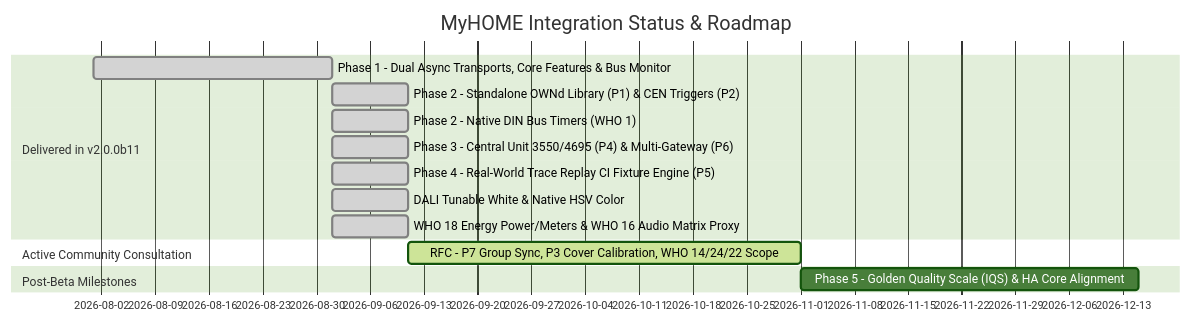
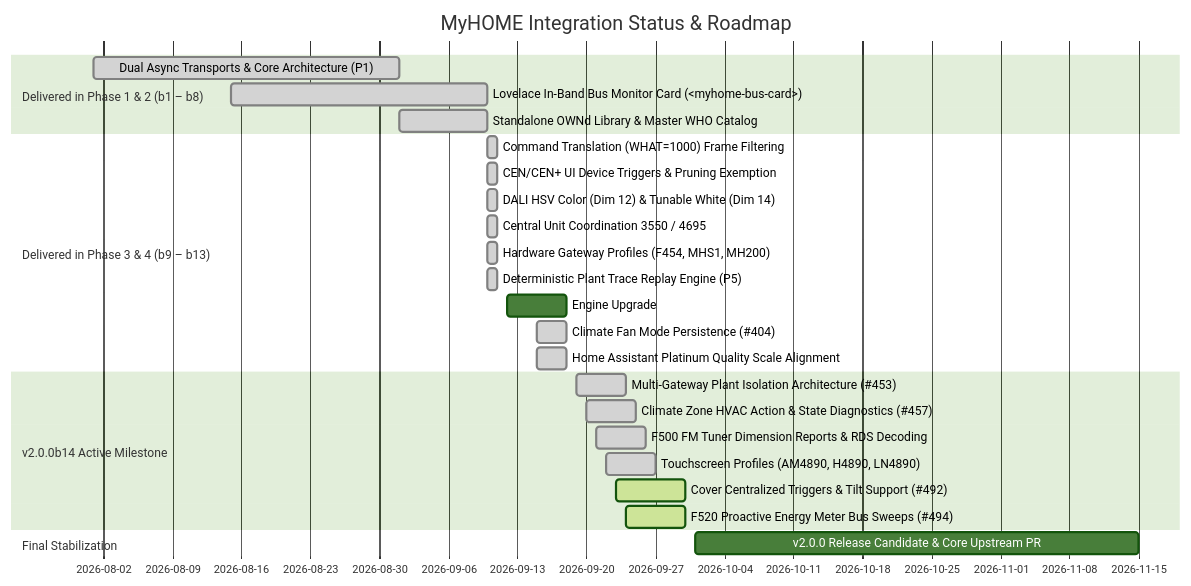
One commit to GreenGrassBlueOcean/MyHOME changed the first of 3 diagrams in docs/roadmap.md. Above: the diagram before and after it, drawn with Mermaid (forest theme). The commit also changed other lines of this file, not shown here.

Commit message:
docs(roadmap): update delivery status to v2.0.0 series, b14 milestone, and Platinum IQS

````diff
--- a/docs/roadmap.md
+++ b/docs/roadmap.md
@@ -13,17 +17,28 @@
 ```mermaid
 gantt
     title MyHOME Integration Status & Roadmap
     dateFormat  YYYY-MM-DD
-    section Delivered in v2.0.0b11
-    Phase 1 - Dual Async Transports, Core Features & Bus Monitor    :done, 2026-08-01, 2026-09-01
-    Phase 2 - Standalone OWNd Library (P1) & CEN Triggers (P2)      :done, 2026-09-01, 2026-09-11
-    Phase 2 - Native DIN Bus Timers (WHO 1)                         :done, 2026-09-01, 2026-09-11
-    Phase 3 - Central Unit 3550/4695 (P4) & Multi-Gateway (P6)      :done, 2026-09-01, 2026-09-11
-    Phase 4 - Real-World Trace Replay CI Fixture Engine (P5)        :done, 2026-09-01, 2026-09-11
-    DALI Tunable White & Native HSV Color                           :done, 2026-09-01, 2026-09-11
-    WHO 18 Energy Power/Meters & WHO 16 Audio Matrix Proxy          :done, 2026-09-01, 2026-09-11
-    section Active Community Consultation
-    RFC - P7 Group Sync, P3 Cover Calibration, WHO 14/24/22 Scope   :active, 2026-09-11, 2026-11-01
-    section Post-Beta Milestones
-    Phase 5 - Golden Quality Scale (IQS) & HA Core Alignment         :2026-11-01, 2026-12-15
+    section Delivered in Phase 1 & 2 (b1 – b8)
+    Dual Async Transports & Core Architecture (P1)   :done, 2026-08-01, 2026-09-01
+    Lovelace In-Band Bus Monitor Card (<myhome-bus-card>) :done, 2026-08-15, 2026-09-10
+    Standalone OWNd Library & Master WHO Catalog     :done, 2026-09-01, 2026-09-10
+    section Delivered in Phase 3 & 4 (b9 – b13)
+    Command Translation (WHAT=1000) Frame Filtering   :done, 2026-09-10, 2026-09-11
+    CEN/CEN+ UI Device Triggers & Pruning Exemption  :done, 2026-09-10, 2026-09-11
+    DALI HSV Color (Dim 12) & Tunable White (Dim 14) :done, 2026-09-10, 2026-09-11
+    Central Unit Coordination 3550 / 4695            :done, 2026-09-10, 2026-09-11
+    Hardware Gateway Profiles (F454, MHS1, MH200)   :done, 2026-09-10, 2026-09-11
+    Deterministic Plant Trace Replay Engine (P5)     :done, 2026-09-10, 2026-09-11
+    Engine Upgrade: OWNd 2.0.0b8 (HMAC SHA-1/SHA-256) :done, 2026-09-12, 2026-09-18
+    Climate Fan Mode Persistence (#404)              :done, 2026-09-15, 2026-09-18
+    Home Assistant Platinum Quality Scale Alignment  :done, 2026-09-15, 2026-09-18
+    section v2.0.0b14 Active Milestone
+    Multi-Gateway Plant Isolation Architecture (#453) :done, 2026-09-19, 2026-09-24
+    Climate Zone HVAC Action & State Diagnostics (#457) :done, 2026-09-20, 2026-09-25
+    F500 FM Tuner Dimension Reports & RDS Decoding   :done, 2026-09-21, 2026-09-26
+    Touchscreen Profiles (AM4890, H4890, LN4890)     :done, 2026-09-22, 2026-09-27
+    Cover Centralized Triggers & Tilt Support (#492) :active, 2026-09-23, 2026-09-30
+    F520 Proactive Energy Meter Bus Sweeps (#494)    :active, 2026-09-24, 2026-09-30
+    section Final Stabilization
+    v2.0.0 Release Candidate & Core Upstream PR      :2026-10-01, 2026-11-15
 ```
````
